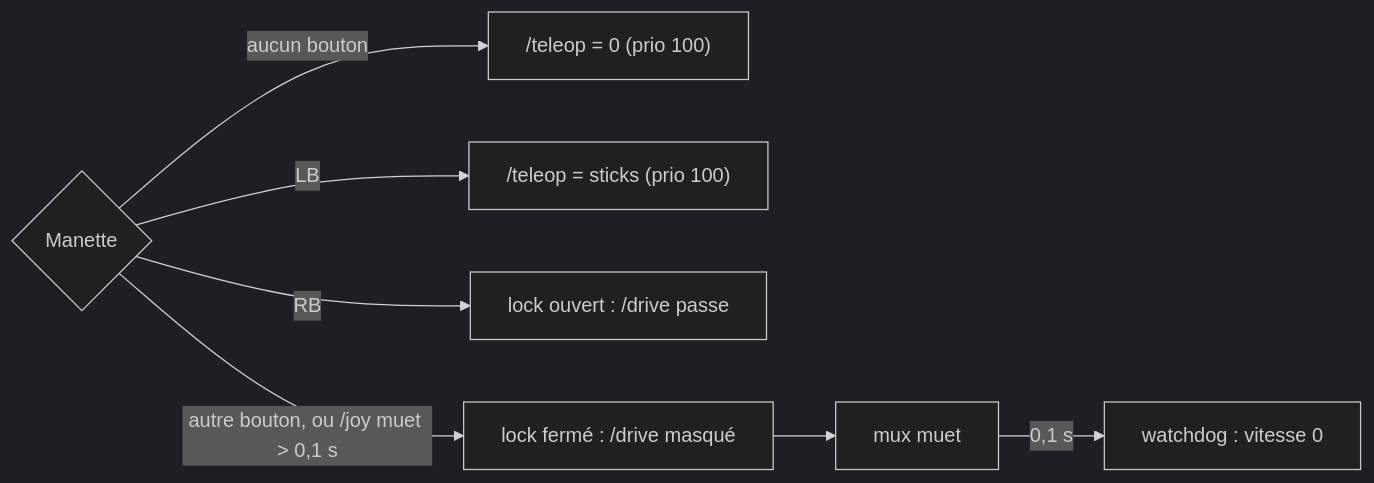
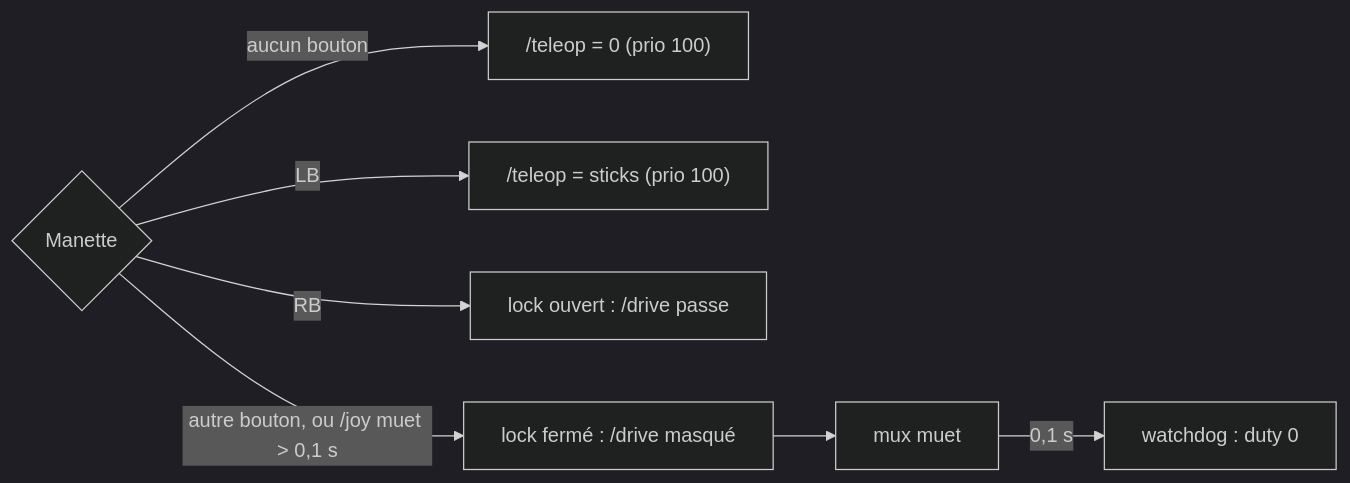
The second of 3 diagrams in ros2/ARCHITECTURE.md (epitech-toulouse/robocar-2026), drawn with Mermaid (dark theme) before and after one commit. The commit also changed other lines of this file and 17 other files, not shown here.

````diff
--- a/ros2/ARCHITECTURE.md
+++ b/ros2/ARCHITECTURE.md
@@ -46,8 +58,8 @@
 ```mermaid
 flowchart LR
   B{Manette} -->|aucun bouton| Z["/teleop = 0 (prio 100)"]
   B -->|LB| T["/teleop = sticks (prio 100)"]
   B -->|RB| U["lock ouvert : /drive passe"]
   B -->|"autre bouton, ou /joy muet > 0,1 s"| L["lock fermé : /drive masqué"]
-  L --> M["mux muet"] -->|0,1 s| W["watchdog : vitesse 0"]
+  L --> M["mux muet"] -->|0,1 s| W["watchdog : duty 0"]
 ```
````
